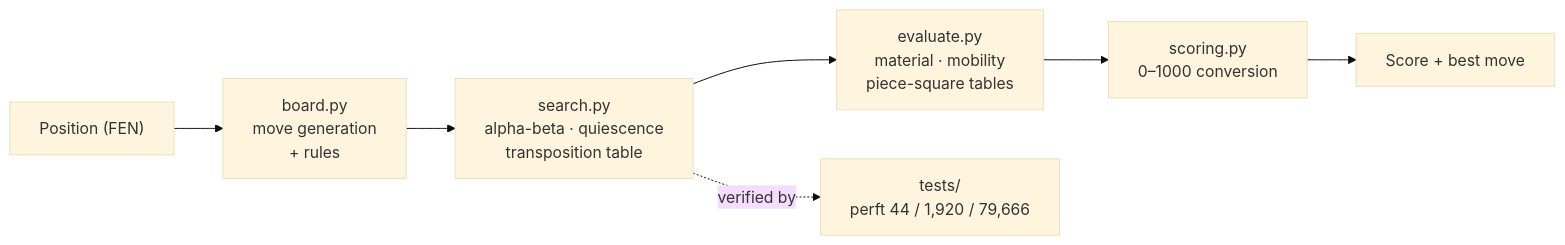
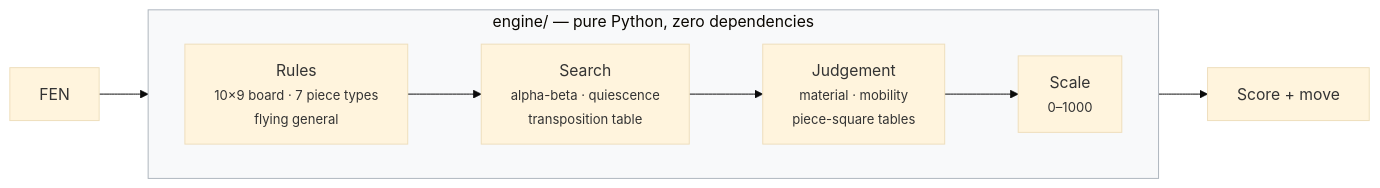
One commit to quannguyencoder/QiSheng-Xiangqi-Engine-v1 changed the second of 6 diagrams in README.md. Above: the diagram before and after it, drawn with Mermaid (base theme). The commit also changed other lines of this file, not shown here.

First line of the commit message:
README: showcase rewrite — diagram-led, less project documentation

````diff
--- a/README.md
+++ b/README.md
@@ -46,9 +55,14 @@
 ```mermaid
 flowchart LR
-    IN["Position (FEN)"] --> B["board.py<br/>move generation<br/>+ rules"]
-    B --> S["search.py<br/>alpha-beta · quiescence<br/>transposition table"]
-    S --> E["evaluate.py<br/>material · mobility<br/>piece-square tables"]
-    E --> C["scoring.py<br/>0–1000 conversion"]
-    C --> OUT["Score + best move"]
-    S -. "verified by" .-> P["tests/<br/>perft 44 / 1,920 / 79,666"]
+    subgraph ENGINE["engine/ — pure Python, zero dependencies"]
+        direction LR
+        B["Rules<br/><small>10×9 board · 7 piece types<br/>flying general</small>"]
+        S["Search<br/><small>alpha-beta · quiescence<br/>transposition table</small>"]
+        E["Judgement<br/><small>material · mobility<br/>piece-square tables</small>"]
+        C["Scale<br/><small>0–1000</small>"]
+        B --> S --> E --> C
+    end
+    IN["FEN"] --> B
+    C --> OUT["Score + move"]
+    style ENGINE fill:#f8f9fa,stroke:#adb5bd
 ```
````
